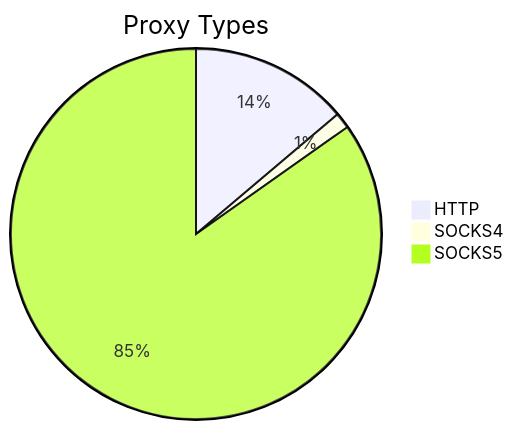
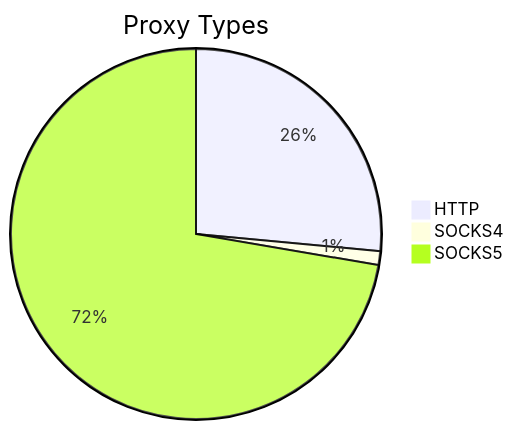
Before and after one commit to stormsia/proxy-list: the first of 2 diagrams in README.md, drawn with Mermaid. The commit also changed other lines of this file, not shown here.

````diff
--- a/README.md
+++ b/README.md
@@ -21,6 +21,6 @@
 ```mermaid
 pie title Proxy Types
-    "HTTP" : 219
-    "SOCKS4" : 22
-    "SOCKS5" : 1343
+    "HTTP" : 308
+    "SOCKS4" : 14
+    "SOCKS5" : 841
 ```
````
